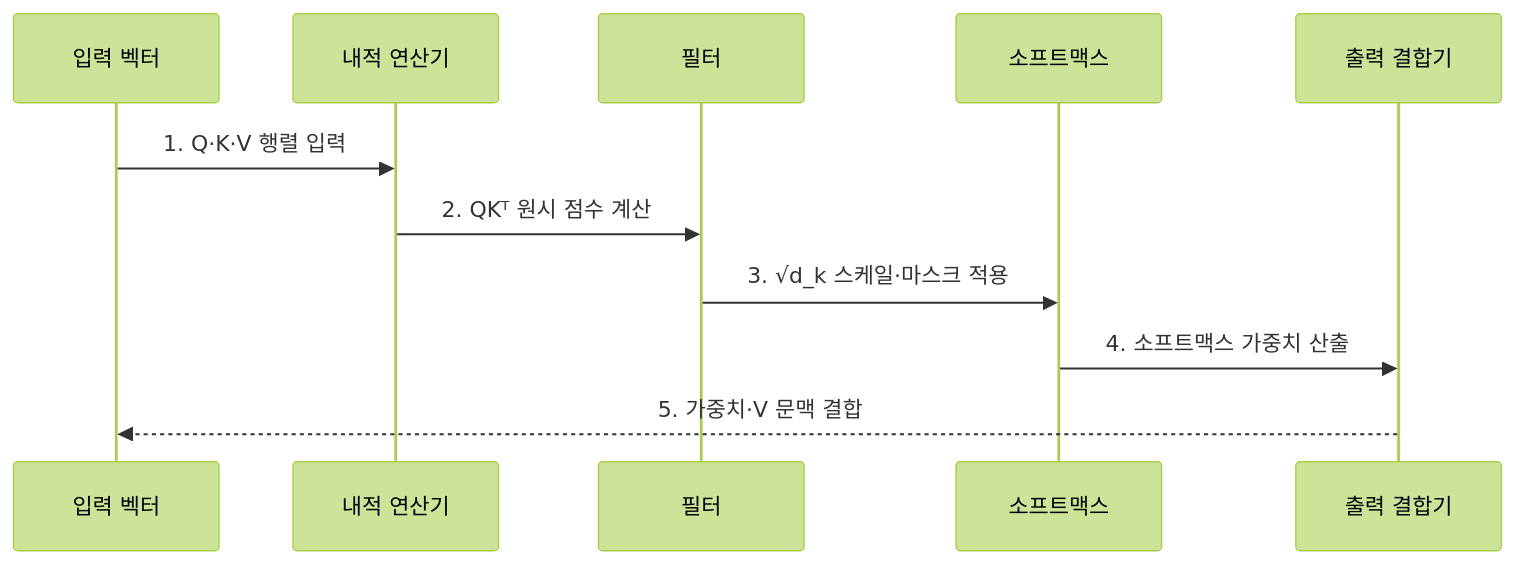
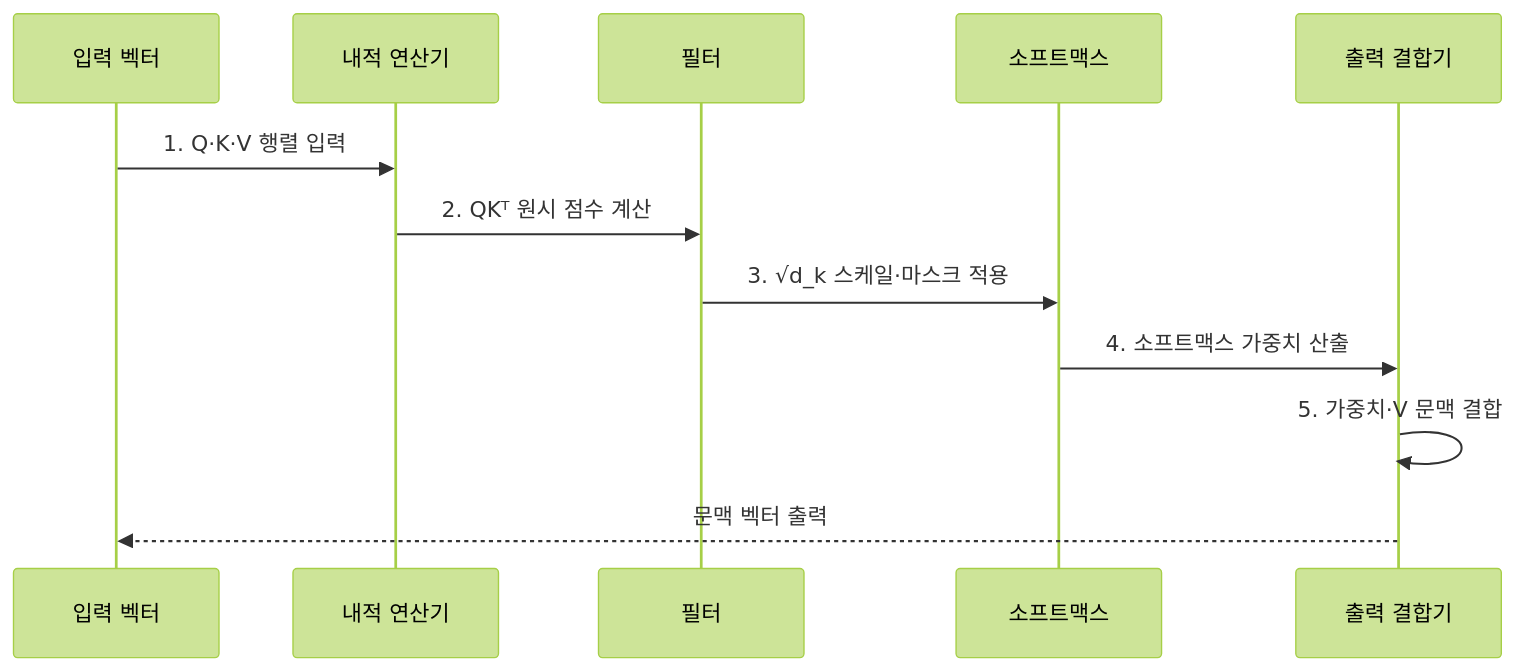
Before and after one commit to agnusdei1207/knowledge-base: the second of 2 diagrams in src/content/docs/notes/08-latest-tech/029_scaled_dot_product_attention.md, drawn with Mermaid (forest theme). The commit also changed other lines of this file and 225 other files, not shown here.

````diff
--- a/src/content/docs/notes/08-latest-tech/029_scaled_dot_product_attention.md
+++ b/src/content/docs/notes/08-latest-tech/029_scaled_dot_product_attention.md
@@ -78,13 +78,14 @@
 ```mermaid
 sequenceDiagram
     participant I as 입력 벡터
     participant D as 내적 연산기
     participant F as 필터
     participant S as 소프트맥스
     participant C as 출력 결합기
     I->>D: 1. Q·K·V 행렬 입력
     D->>F: 2. QKᵀ 원시 점수 계산
     F->>S: 3. √d_k 스케일·마스크 적용
     S->>C: 4. 소프트맥스 가중치 산출
-    C-->>I: 5. 가중치·V 문맥 결합
+    C->>C: 5. 가중치·V 문맥 결합
+    C-->>I: 문맥 벡터 출력
 ```
````
